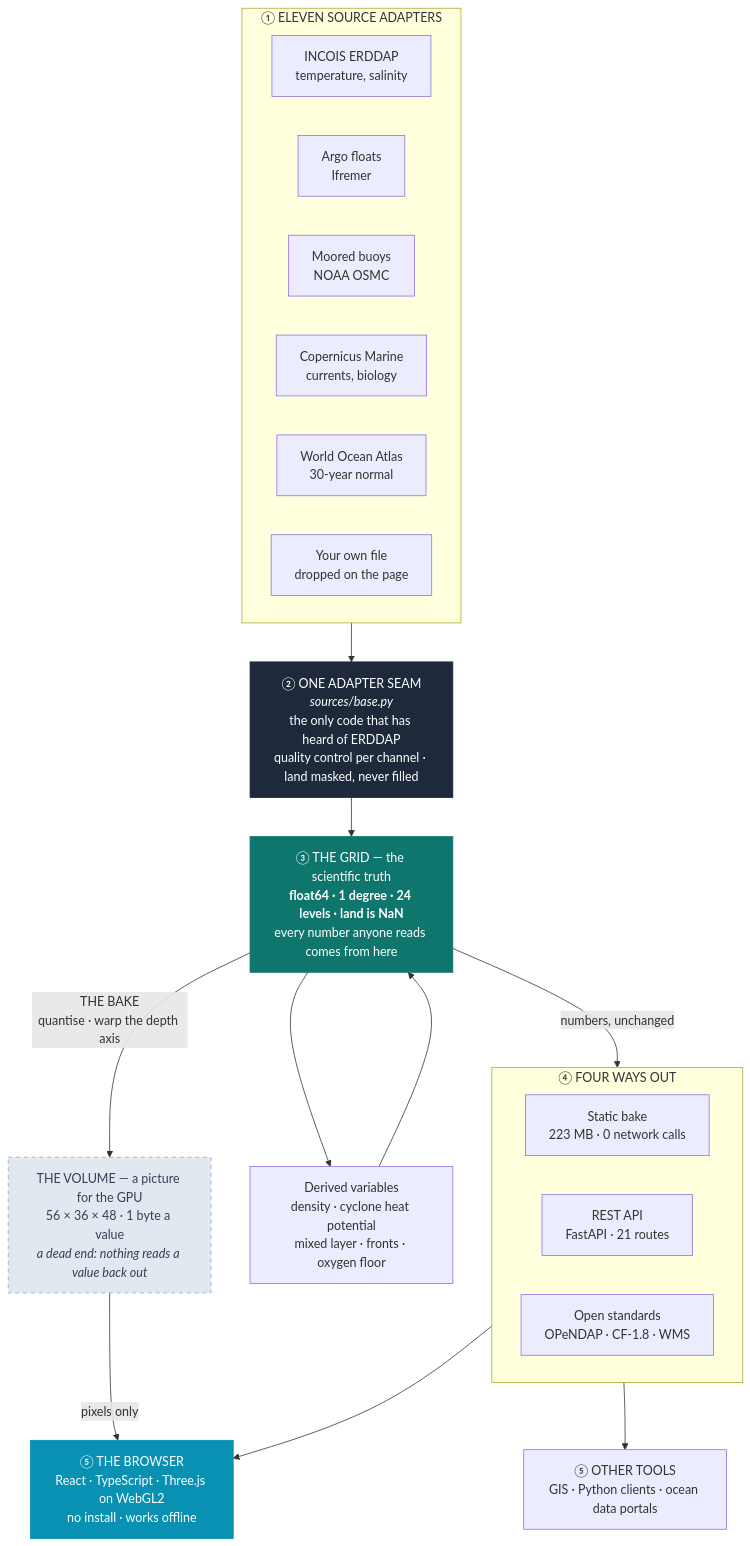
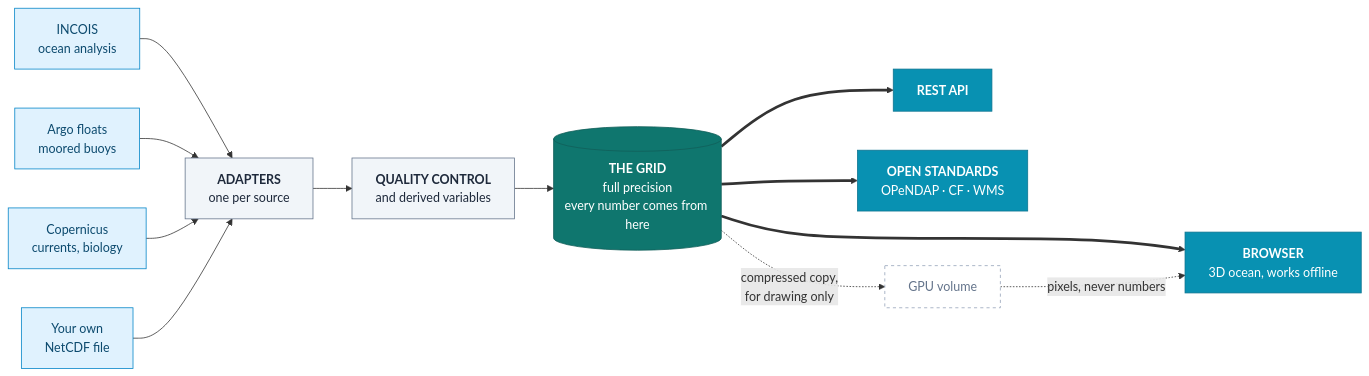
The diagram in README.md (RAK2315/oceanverity), drawn with Mermaid before and after one commit. The commit also changed other lines of this file, not shown here.

First line of the commit message:
Make the architecture a diagram, and stop writing for contributors

````diff
--- a/README.md
+++ b/README.md
@@ -123,39 +121,37 @@
 ```mermaid
-flowchart TD
-    subgraph SRC["① ELEVEN SOURCE ADAPTERS"]
-        direction LR
-        A1["INCOIS ERDDAP<br/>temperature, salinity"]
-        A2["Argo floats<br/>Ifremer"]
-        A3["Moored buoys<br/>NOAA OSMC"]
-        A4["Copernicus Marine<br/>currents, biology"]
-        A5["World Ocean Atlas<br/>30-year normal"]
-        A6["Your own file<br/>dropped on the page"]
-    end
+flowchart LR
+    S1["INCOIS<br/>ocean analysis"]
+    S2["Argo floats<br/>moored buoys"]
+    S3["Copernicus<br/>currents, biology"]
+    S4["Your own<br/>NetCDF file"]
 
-    SRC --> SEAM["② ONE ADAPTER SEAM<br/><i>sources/base.py</i><br/>the only code that has heard of ERDDAP<br/>quality control per channel · land masked, never filled"]
+    S1 --> AD
+    S2 --> AD
+    S3 --> AD
+    S4 --> AD
 
-    SEAM --> GRID["③ THE GRID — the scientific truth<br/><b>float64 · 1 degree · 24 levels · land is NaN</b><br/>every number anyone reads comes from here"]
+    AD["<b>ADAPTERS</b><br/>one per source"]
+    AD --> QC["<b>QUALITY CONTROL</b><br/>and derived variables"]
+    QC --> GRID
 
-    GRID --> DERIVED["Derived variables<br/>density · cyclone heat potential<br/>mixed layer · fronts · oxygen floor"]
-    DERIVED --> GRID
+    GRID[("<b>THE GRID</b><br/>full precision<br/>every number comes from here")]
 
-    GRID -->|"numbers, unchanged"| OUT
-    GRID -->|"THE BAKE<br/>quantise · warp the depth axis"| VOL["THE VOLUME — a picture for the GPU<br/>56 × 36 × 48 · 1 byte a value<br/><i>a dead end: nothing reads a value back out</i>"]
+    GRID ==> BROWSER["<b>BROWSER</b><br/>3D ocean, works offline"]
+    GRID ==> API["<b>REST API</b>"]
+    GRID ==> STD["<b>OPEN STANDARDS</b><br/>OPeNDAP · CF · WMS"]
 
-    VOL -->|"pixels only"| BROWSER
+    GRID -. "compressed copy,<br/>for drawing only" .-> VOL["GPU volume"]
+    VOL -. "pixels, never numbers" .-> BROWSER
 
-    subgraph OUT["④ FOUR WAYS OUT"]
-        direction LR
-        O1["Static bake<br/>223 MB · 0 network calls"]
-        O2["REST API<br/>FastAPI · 21 routes"]
-        O3["Open standards<br/>OPeNDAP · CF-1.8 · WMS"]
-    end
+    classDef src fill:#e0f2fe,stroke:#0284c7,color:#0c4a6e
+    classDef work fill:#f1f5f9,stroke:#64748b,color:#1e293b
+    classDef out fill:#0891b2,stroke:#0e7490,color:#ffffff
+    classDef truth fill:#0f766e,stroke:#115e59,color:#ffffff
+    classDef ghost fill:#ffffff,stroke:#94a3b8,color:#64748b,stroke-dasharray:4 4
 
-    OUT --> BROWSER["⑤ THE BROWSER<br/>React · TypeScript · Three.js on WebGL2<br/>no install · works offline"]
-    OUT --> TOOLS["⑤ OTHER TOOLS<br/>GIS · Python clients · ocean data portals"]
-
-    style GRID fill:#0f766e,color:#fff,stroke:#0f766e
-    style VOL fill:#e2e8f0,color:#334155,stroke:#94a3b8,stroke-dasharray: 5 5
-    style SEAM fill:#1e293b,color:#fff,stroke:#1e293b
-    style BROWSER fill:#0891b2,color:#fff,stroke:#0891b2
+    class S1,S2,S3,S4 src
+    class AD,QC work
+    class GRID truth
+    class BROWSER,API,STD out
+    class VOL ghost
 ```
````
